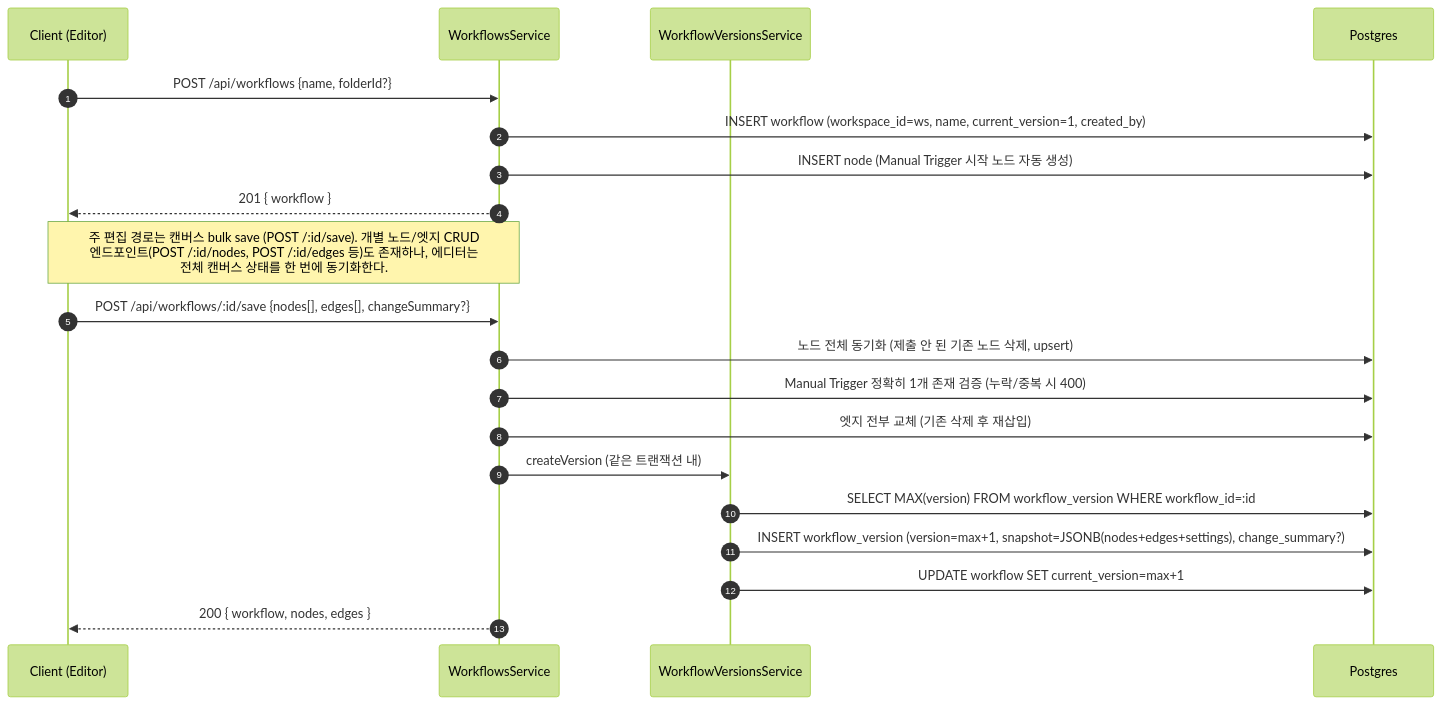
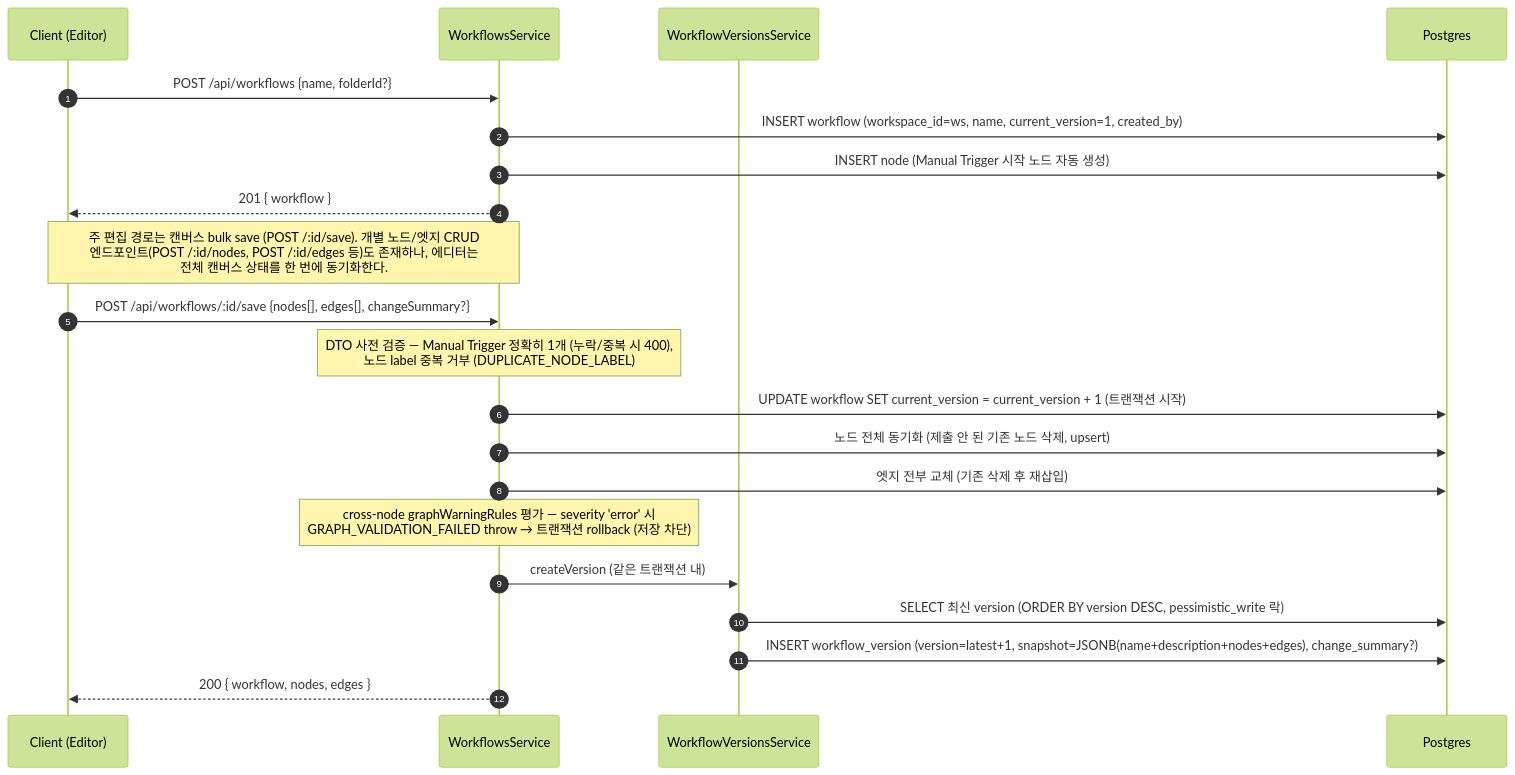
Before and after one commit to worker-ants/clemvion: the first of 3 diagrams in spec/data-flow/11-workflow.md, drawn with Mermaid (forest theme). The commit also changed other lines of this file and 89 other files, not shown here.

First line of the commit message:
docs(spec): spec↔code 전수 상호 감사 — 역방향 커버리지 + drift 동기화 + data-flow 재구성 (위반 19건 보고) (#516)

````diff
--- a/spec/data-flow/11-workflow.md
+++ b/spec/data-flow/11-workflow.md
@@ -29,25 +29,26 @@
 ```mermaid
 sequenceDiagram
   autonumber
   participant C as Client (Editor)
   participant Wf as WorkflowsService
   participant Ver as WorkflowVersionsService
   participant PG as Postgres
 
   C->>Wf: POST /api/workflows {name, folderId?}
   Wf->>PG: INSERT workflow (workspace_id=ws, name, current_version=1, created_by)
   Wf->>PG: INSERT node (Manual Trigger 시작 노드 자동 생성)
   Wf-->>C: 201 { workflow }
 
   Note over C,Wf: 주 편집 경로는 캔버스 bulk save (POST /:id/save). 개별 노드/엣지 CRUD<br/>엔드포인트(POST /:id/nodes, POST /:id/edges 등)도 존재하나, 에디터는<br/>전체 캔버스 상태를 한 번에 동기화한다.
 
   C->>Wf: POST /api/workflows/:id/save {nodes[], edges[], changeSummary?}
+  Note over Wf: DTO 사전 검증 — Manual Trigger 정확히 1개 (누락/중복 시 400),<br/>노드 label 중복 거부 (DUPLICATE_NODE_LABEL)
+  Wf->>PG: UPDATE workflow SET current_version = current_version + 1 (트랜잭션 시작)
   Wf->>PG: 노드 전체 동기화 (제출 안 된 기존 노드 삭제, upsert)
-  Wf->>PG: Manual Trigger 정확히 1개 존재 검증 (누락/중복 시 400)
   Wf->>PG: 엣지 전부 교체 (기존 삭제 후 재삽입)
+  Note over Wf: cross-node graphWarningRules 평가 — severity 'error' 시<br/>GRAPH_VALIDATION_FAILED throw → 트랜잭션 rollback (저장 차단)
   Wf->>Ver: createVersion (같은 트랜잭션 내)
-  Ver->>PG: SELECT MAX(version) FROM workflow_version WHERE workflow_id=:id
-  Ver->>PG: INSERT workflow_version (version=max+1, snapshot=JSONB(nodes+edges+settings), change_summary?)
-  Ver->>PG: UPDATE workflow SET current_version=max+1
+  Ver->>PG: SELECT 최신 version (ORDER BY version DESC, pessimistic_write 락)
+  Ver->>PG: INSERT workflow_version (version=latest+1, snapshot=JSONB(name+description+nodes+edges), change_summary?)
   Wf-->>C: 200 { workflow, nodes, edges }
 ```
````
